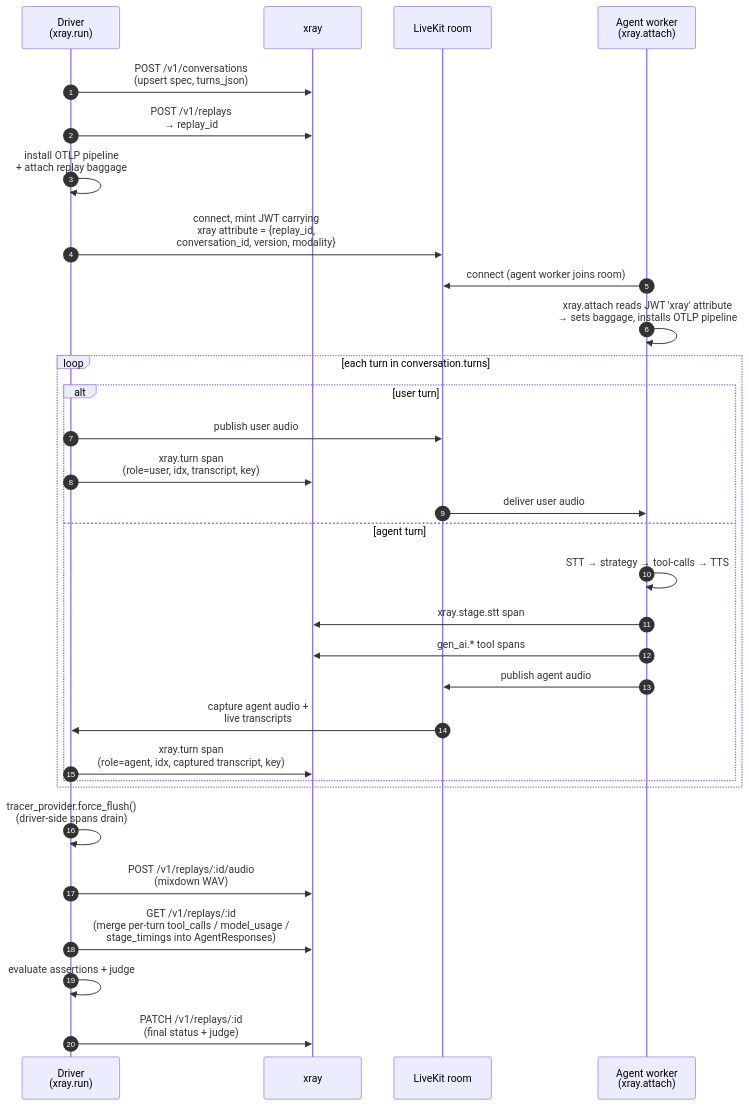
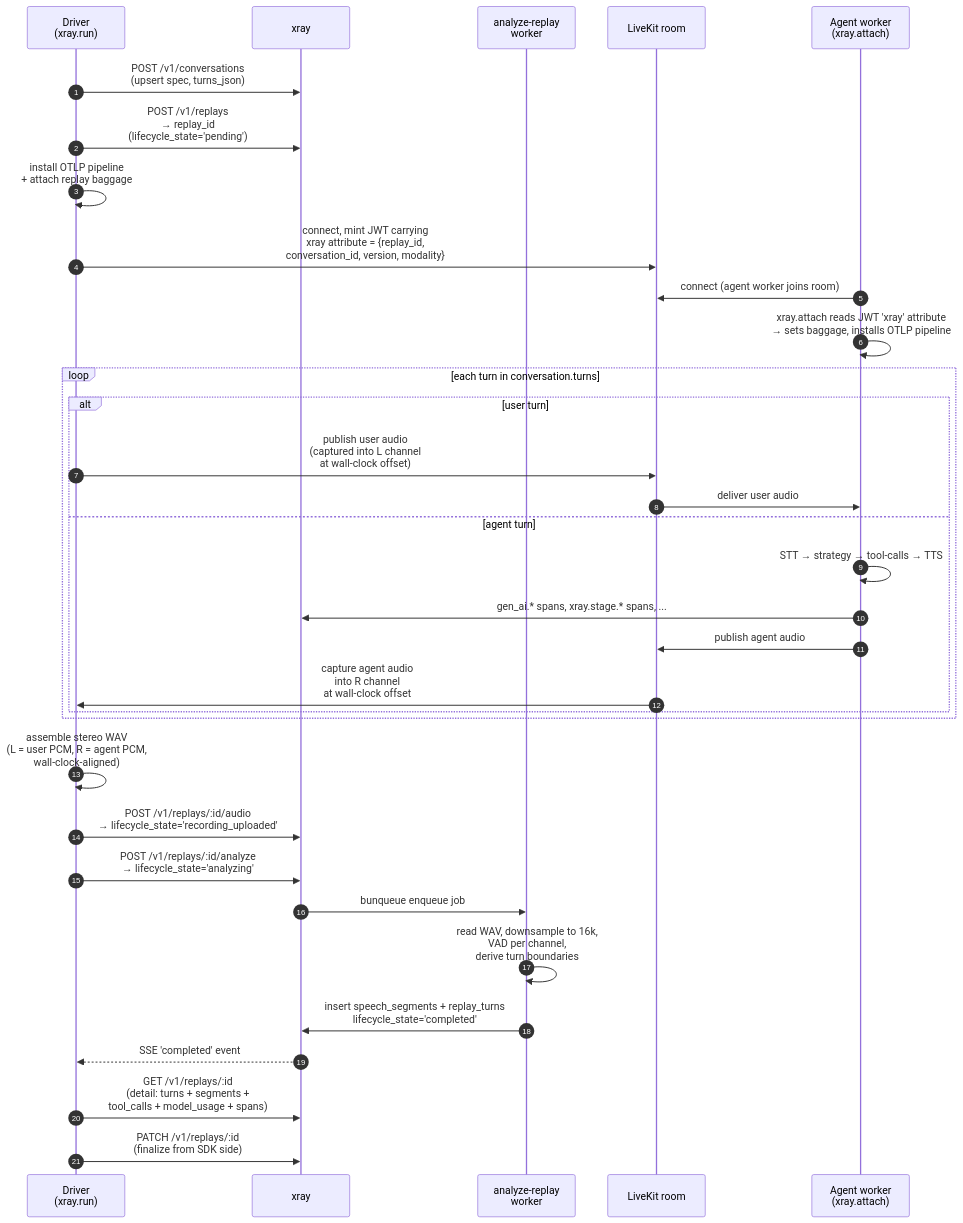
The third of 5 diagrams in docs/architecture.md (xray-eval/xray), drawn with Mermaid before and after one commit. The commit also changed other lines of this file and 65 other files, not shown here.

First line of the commit message:
feat: server-as-analyzer — stereo WAV upload + VAD + turn derivation (#65)

````diff
--- a/docs/architecture.md
+++ b/docs/architecture.md
@@ -192,36 +223,38 @@
 ```mermaid
 sequenceDiagram
     autonumber
     participant D as Driver<br/>(xray.run)
     participant X as xray
+    participant W as analyze-replay<br/>worker
     participant LK as LiveKit room
     participant A as Agent worker<br/>(xray.attach)
 
     D->>X: POST /v1/conversations<br/>(upsert spec, turns_json)
-    D->>X: POST /v1/replays<br/>→ replay_id
+    D->>X: POST /v1/replays<br/>→ replay_id<br/>(lifecycle_state='pending')
     D->>D: install OTLP pipeline<br/>+ attach replay baggage
     D->>LK: connect, mint JWT carrying<br/>xray attribute = {replay_id,<br/>conversation_id, version, modality}
     A->>LK: connect (agent worker joins room)
     A->>A: xray.attach reads JWT 'xray' attribute<br/>→ sets baggage, installs OTLP pipeline
 
     loop each turn in conversation.turns
       alt user turn
-        D->>LK: publish user audio
-        D->>X: xray.turn span<br/>(role=user, idx, transcript, key)
+        D->>LK: publish user audio<br/>(captured into L channel<br/>at wall-clock offset)
         LK->>A: deliver user audio
       else agent turn
         A->>A: STT → strategy → tool-calls → TTS
-        A->>X: xray.stage.stt span
-        A->>X: gen_ai.* tool spans
+        A->>X: gen_ai.* spans, xray.stage.* spans, ...
         A->>LK: publish agent audio
-        LK->>D: capture agent audio +<br/>live transcripts
-        D->>X: xray.turn span<br/>(role=agent, idx, captured transcript, key)
+        LK->>D: capture agent audio<br/>into R channel<br/>at wall-clock offset
       end
     end
 
-    D->>D: tracer_provider.force_flush()<br/>(driver-side spans drain)
-    D->>X: POST /v1/replays/:id/audio<br/>(mixdown WAV)
-    D->>X: GET /v1/replays/:id<br/>(merge per-turn tool_calls / model_usage /<br/>stage_timings into AgentResponses)
-    D->>D: evaluate assertions + judge
-    D->>X: PATCH /v1/replays/:id<br/>(final status + judge)
+    D->>D: assemble stereo WAV<br/>(L = user PCM, R = agent PCM,<br/>wall-clock-aligned)
+    D->>X: POST /v1/replays/:id/audio<br/>→ lifecycle_state='recording_uploaded'
+    D->>X: POST /v1/replays/:id/analyze<br/>→ lifecycle_state='analyzing'
+    X->>W: bunqueue enqueue job
+    W->>W: read WAV, downsample to 16k,<br/>VAD per channel,<br/>derive turn boundaries
+    W->>X: insert speech_segments + replay_turns<br/>lifecycle_state='completed'
+    X-->>D: SSE 'completed' event
+    D->>X: GET /v1/replays/:id<br/>(detail: turns + segments +<br/>tool_calls + model_usage + spans)
+    D->>X: PATCH /v1/replays/:id<br/>(finalize from SDK side)
 ```
````
